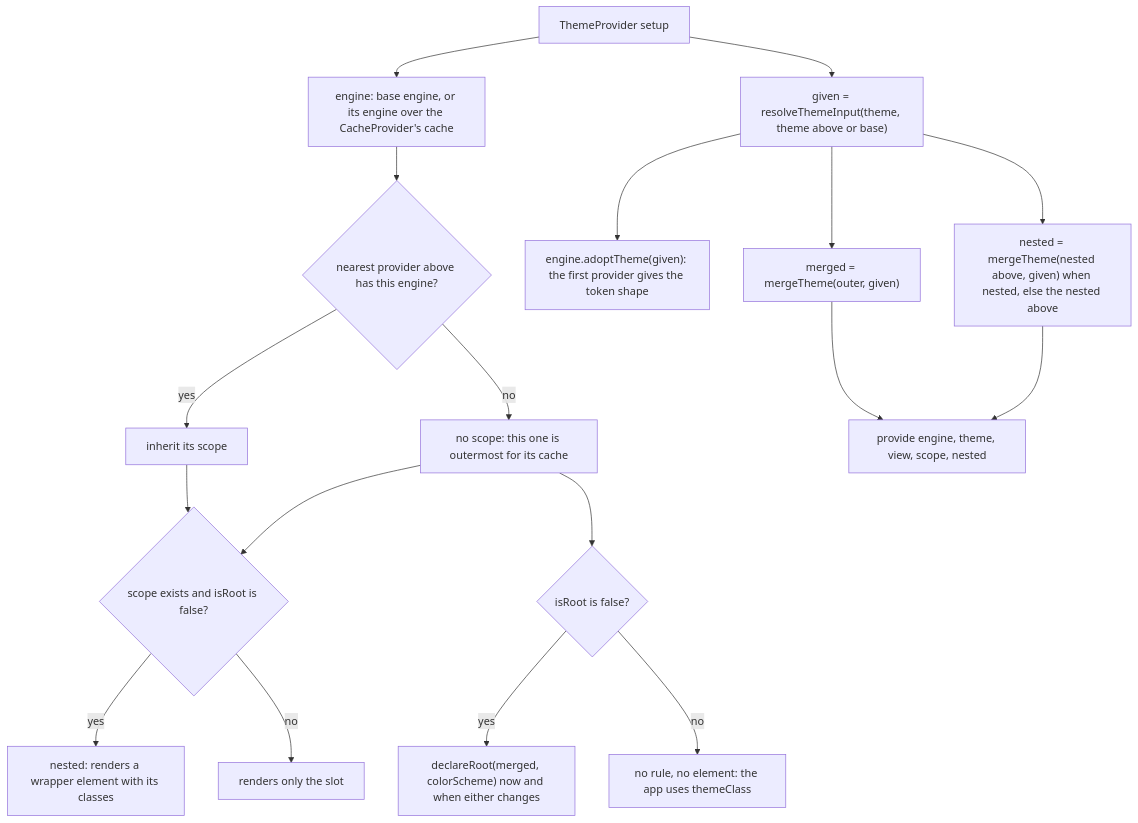
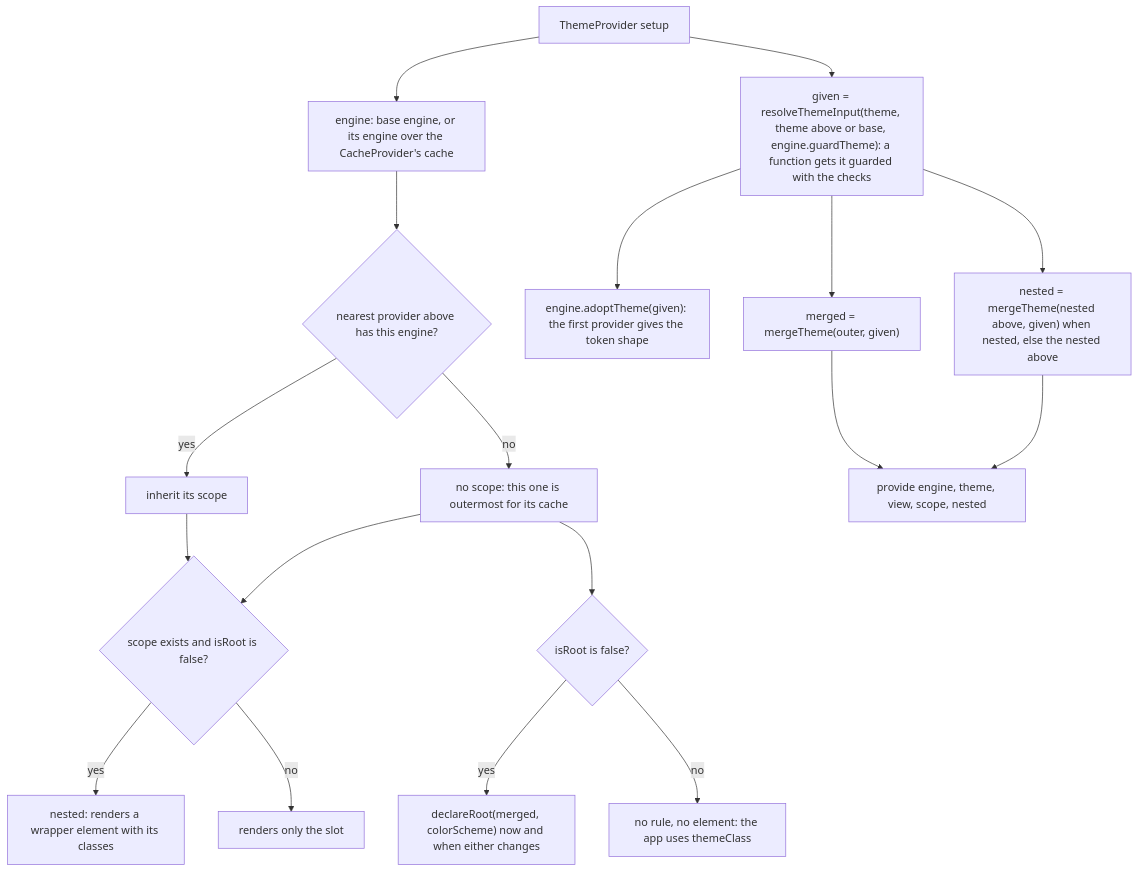
One commit to soroush-tech/umber-style changed the diagram in packages/vue/src/ThemeProvider.md. Above: the diagram before and after it, drawn with Mermaid. The commit also changed 50 other files, not shown here.

Commit message:
feat: the style functions of an element share one argument per render, the theme a function gets cannot be written in development, and the helpers the bindings share move to @umber-style/core/internal - close #69

````diff
--- a/packages/vue/src/ThemeProvider.md
+++ b/packages/vue/src/ThemeProvider.md
@@ -19,20 +19,20 @@
 ```mermaid
 flowchart TD
   setup["ThemeProvider setup"] --> eng["engine: base engine, or its engine over the CacheProvider's cache"]
   eng --> sc{"nearest provider above has this engine?"}
   sc -->|"yes"| inh["inherit its scope"]
   sc -->|"no"| none["no scope: this one is outermost for its cache"]
   inh --> nest{"scope exists and isRoot is false?"}
   none --> nest
   nest -->|"yes"| wrap["nested: renders a wrapper element with its classes"]
   nest -->|"no"| bare["renders only the slot"]
-  setup --> giv["given = resolveThemeInput(theme, theme above or base)"]
+  setup --> giv["given = resolveThemeInput(theme, theme above or base, engine.guardTheme): a function gets it guarded with the checks"]
   giv --> adopt["engine.adoptTheme(given): the first provider gives the token shape"]
   giv --> mer["merged = mergeTheme(outer, given)"]
   mer --> prov["provide engine, theme, view, scope, nested"]
   giv --> nst["nested = mergeTheme(nested above, given) when nested, else the nested above"]
   nst --> prov
   none --> root{"isRoot is false?"}
   root -->|"yes"| decl["declareRoot(merged, colorScheme) now and when either changes"]
   root -->|"no"| skip["no rule, no element: the app uses themeClass"]
 ```
````
